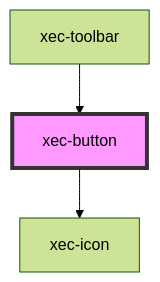
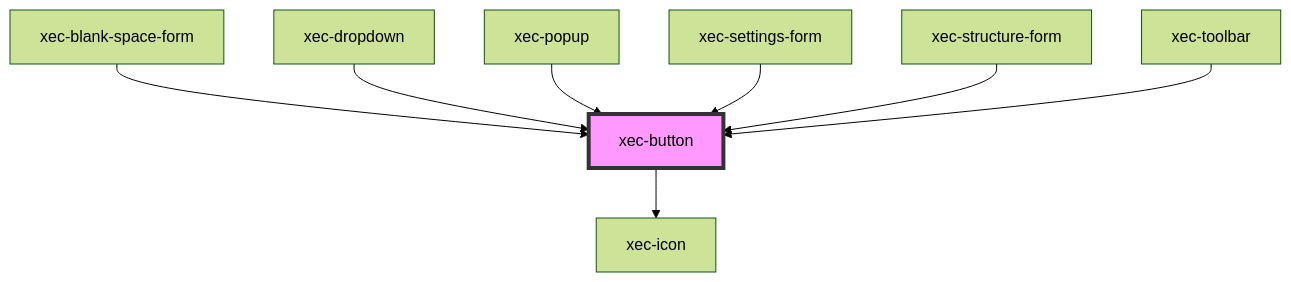
Before and after one commit to scribes-app/tei-component-suite: the diagram in src/components/xec-button/readme.md, drawn with Mermaid (forest theme). The commit also changed other lines of this file and 20 other files, not shown here.

````diff
--- a/src/components/xec-button/readme.md
+++ b/src/components/xec-button/readme.md
@@ -34,6 +47,11 @@
 ```mermaid
 graph TD;
   xec-button --> xec-icon
+  xec-blank-space-form --> xec-button
+  xec-dropdown --> xec-button
+  xec-popup --> xec-button
+  xec-settings-form --> xec-button
+  xec-structure-form --> xec-button
   xec-toolbar --> xec-button
   style xec-button fill:#f9f,stroke:#333,stroke-width:4px
 ```
````
